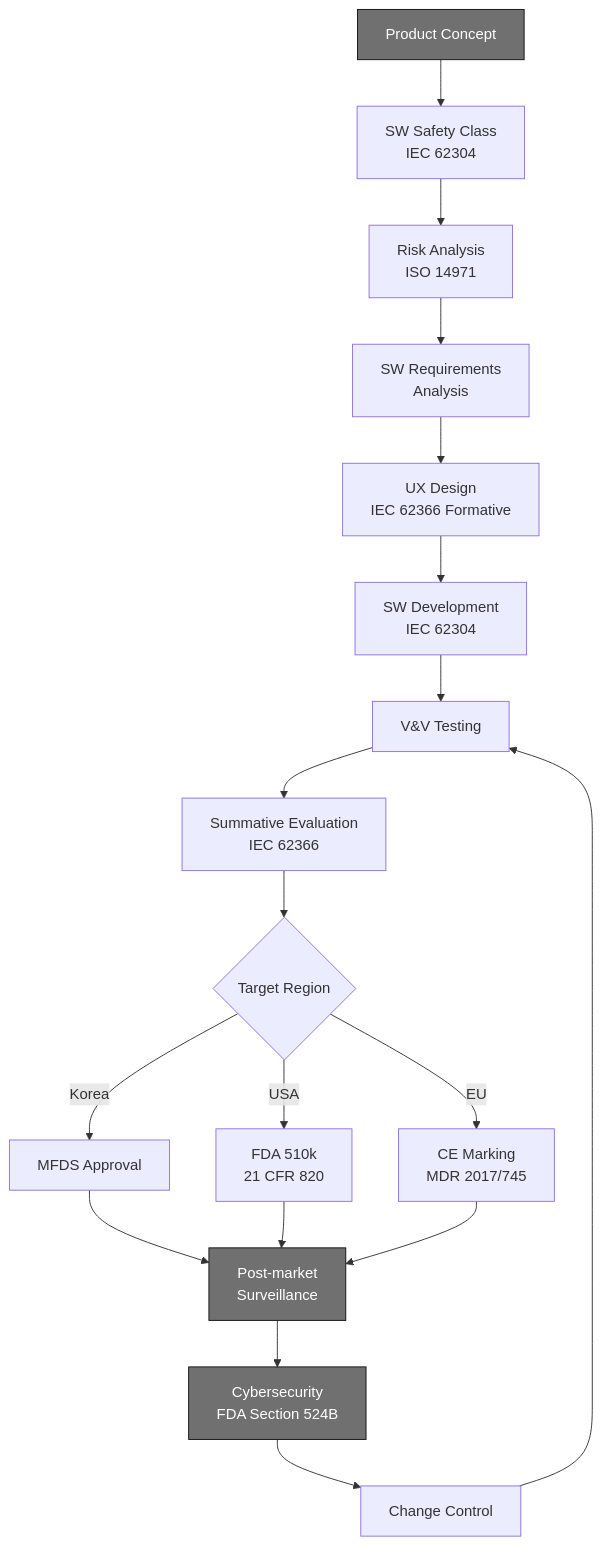
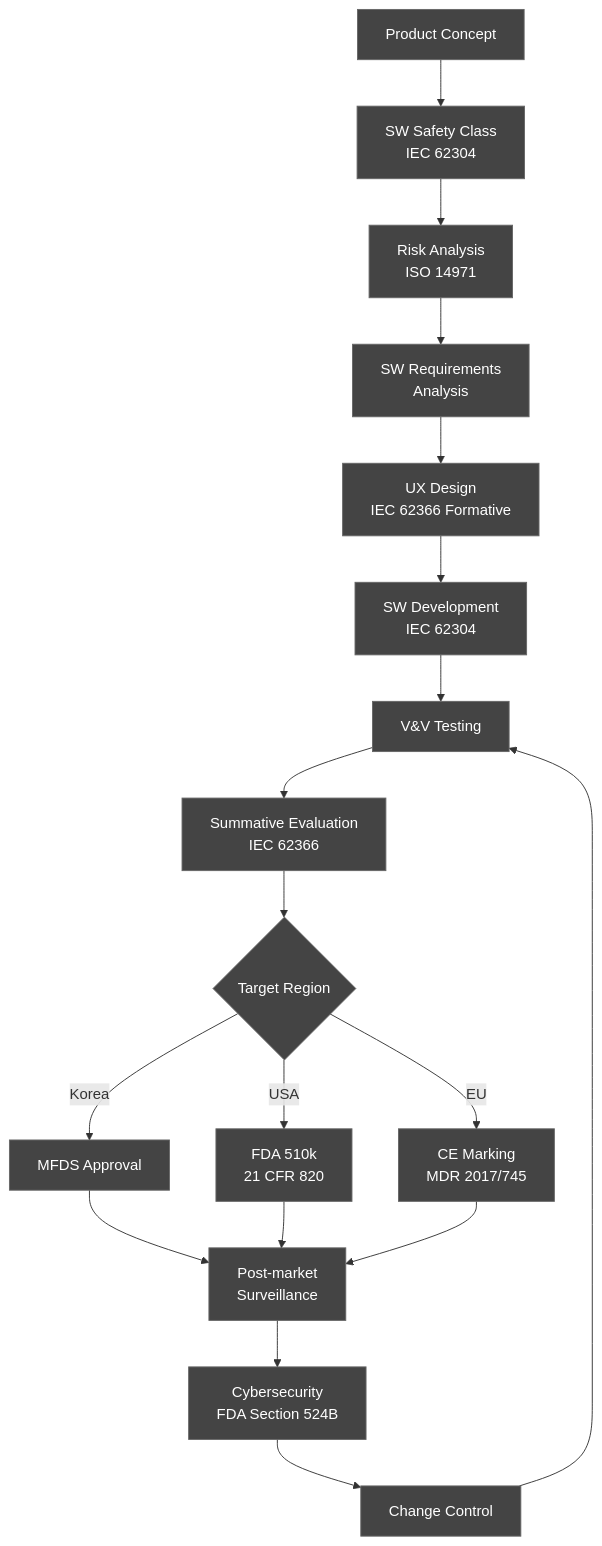
One commit to holee9/console-gui changed the seventh of 7 diagrams in docs/planning/DOC-001_MRD_v3.0.md. Above: the diagram before and after it, drawn with Mermaid. The commit also changed other lines of this file, not shown here.

First line of the commit message:
fix: MRD v3.0 Mermaid 차트 색상 통일 — #707070 → #444, 미적용 노드 전수 추가

````diff
--- a/docs/planning/DOC-001_MRD_v3.0.md
+++ b/docs/planning/DOC-001_MRD_v3.0.md
@@ -924,24 +951,36 @@
 ```mermaid
 flowchart TD
     A[Product Concept] --> B[SW Safety Class\nIEC 62304]
     B --> C[Risk Analysis\nISO 14971]
     C --> D[SW Requirements\nAnalysis]
     D --> E[UX Design\nIEC 62366 Formative]
     E --> F[SW Development\nIEC 62304]
     F --> G[V&V Testing]
     G --> H[Summative Evaluation\nIEC 62366]
     H --> I{Target Region}
     I --> |Korea| J[MFDS Approval]
     I --> |USA| K[FDA 510k\n21 CFR 820]
     I --> |EU| L[CE Marking\nMDR 2017/745]
     J --> M[Post-market\nSurveillance]
     K --> M
     L --> M
     M --> N[Cybersecurity\nFDA Section 524B]
     N --> O[Change Control]
     O --> G
 
-    style A fill:#707070,stroke:#111111,color:#FFFFFF
-    style M fill:#707070,stroke:#111111,color:#FFFFFF
-    style N fill:#707070,stroke:#111111,color:#FFFFFF
+    style A fill:#444,stroke:#666,color:#fff
+    style B fill:#444,stroke:#666,color:#fff
+    style C fill:#444,stroke:#666,color:#fff
+    style D fill:#444,stroke:#666,color:#fff
+    style E fill:#444,stroke:#666,color:#fff
+    style F fill:#444,stroke:#666,color:#fff
+    style G fill:#444,stroke:#666,color:#fff
+    style H fill:#444,stroke:#666,color:#fff
+    style I fill:#444,stroke:#666,color:#fff
+    style J fill:#444,stroke:#666,color:#fff
+    style K fill:#444,stroke:#666,color:#fff
+    style L fill:#444,stroke:#666,color:#fff
+    style M fill:#444,stroke:#666,color:#fff
+    style N fill:#444,stroke:#666,color:#fff
+    style O fill:#444,stroke:#666,color:#fff
 ```
````
